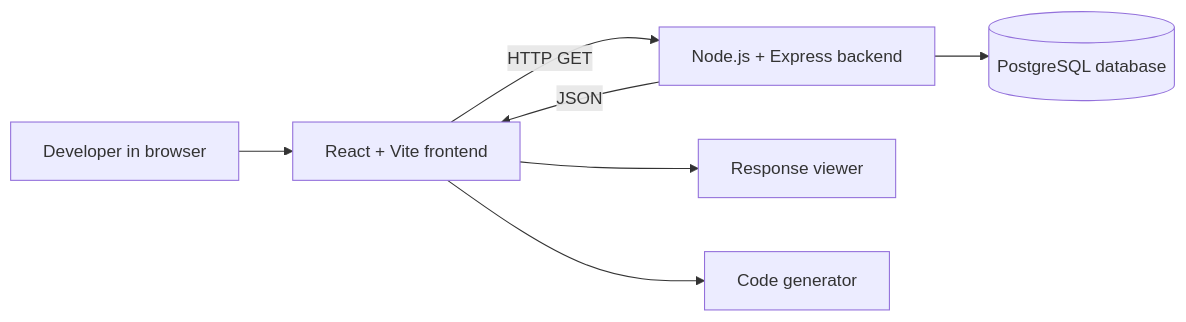
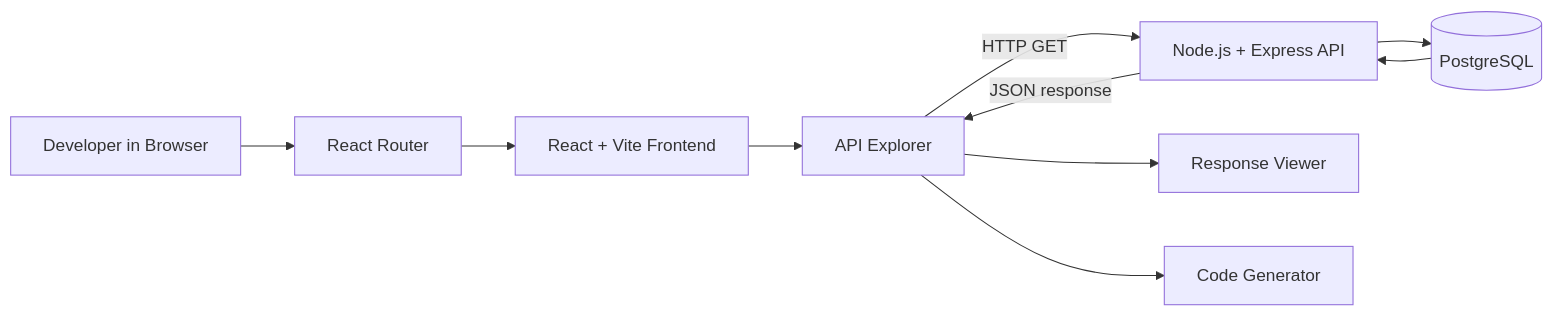
Before and after one commit to Akshatsahu01/API-PLAYGROUND: the diagram in HLD.md, drawn with Mermaid. The commit also changed other lines of this file and 1 other file, not shown here.

````diff
--- a/HLD.md
+++ b/HLD.md
@@ -23,9 +81,22 @@
 ```mermaid
 flowchart LR
-    User[Developer in browser] --> Frontend[React + Vite frontend]
-    Frontend -->|HTTP GET| Backend[Node.js + Express backend]
-    Backend --> PostgreSQL[(PostgreSQL database)]
-    Backend -->|JSON| Frontend
-    Frontend --> Response[Response viewer]
-    Frontend --> Code[Code generator]
+
+    User[Developer in Browser]
+    Router[React Router]
+    Frontend[React + Vite Frontend]
+    Explorer[API Explorer]
+    Backend[Node.js + Express API]
+    PostgreSQL[(PostgreSQL)]
+    Response[Response Viewer]
+    Code[Code Generator]
+
+    User --> Router
+    Router --> Frontend
+    Frontend --> Explorer
+    Explorer -->|HTTP GET| Backend
+    Backend --> PostgreSQL
+    PostgreSQL --> Backend
+    Backend -->|JSON response| Explorer
+    Explorer --> Response
+    Explorer --> Code
 ```
````
